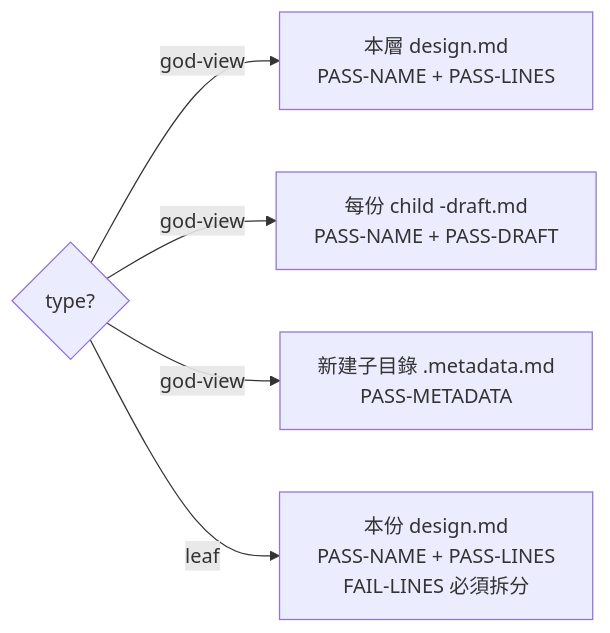
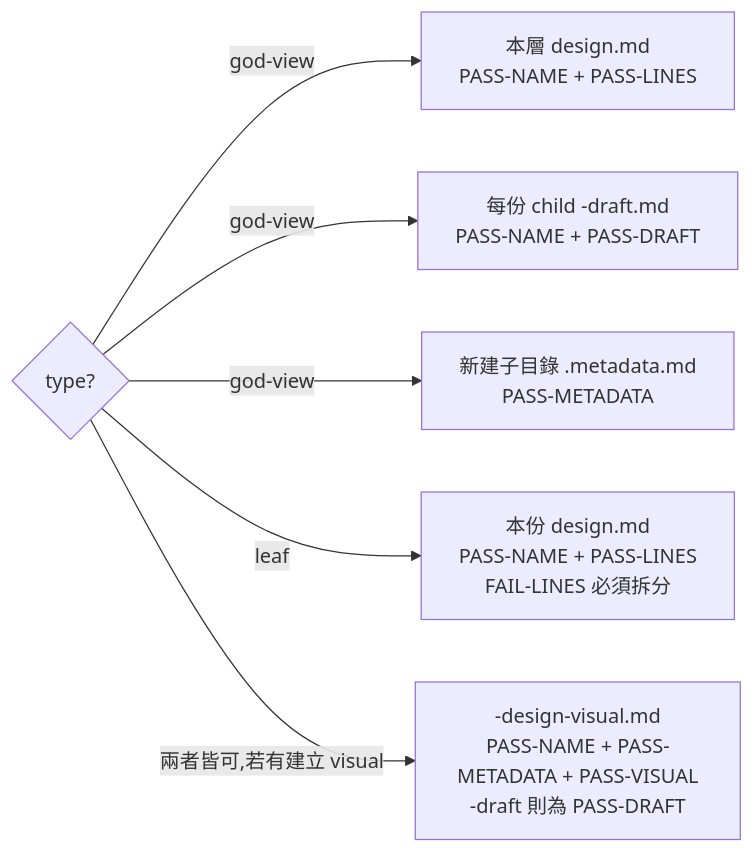
The sixth of 7 diagrams in skills/task-decomposition/references/design-instruction_zhTW.md (Aery9527/aery-marketplace), drawn with Mermaid before and after one commit. The commit also changed other lines of this file and 10 other files, not shown here.

````diff
--- a/skills/task-decomposition/references/design-instruction_zhTW.md
+++ b/skills/task-decomposition/references/design-instruction_zhTW.md
@@ -178,7 +200,8 @@
 ```mermaid
 flowchart LR
     a{type?} -->|god-view| g[本層 design.md<br/>PASS-NAME + PASS-LINES]
     a -->|god-view| g2[每份 child -draft.md<br/>PASS-NAME + PASS-DRAFT]
     a -->|god-view| g3[新建子目錄 .metadata.md<br/>PASS-METADATA]
     a -->|leaf| l[本份 design.md<br/>PASS-NAME + PASS-LINES<br/>FAIL-LINES 必須拆分]
+    a -->|兩者皆可,若有建立 visual| v[-design-visual.md<br/>PASS-NAME + PASS-METADATA + PASS-VISUAL<br/>-draft 則為 PASS-DRAFT]
 ```
````
